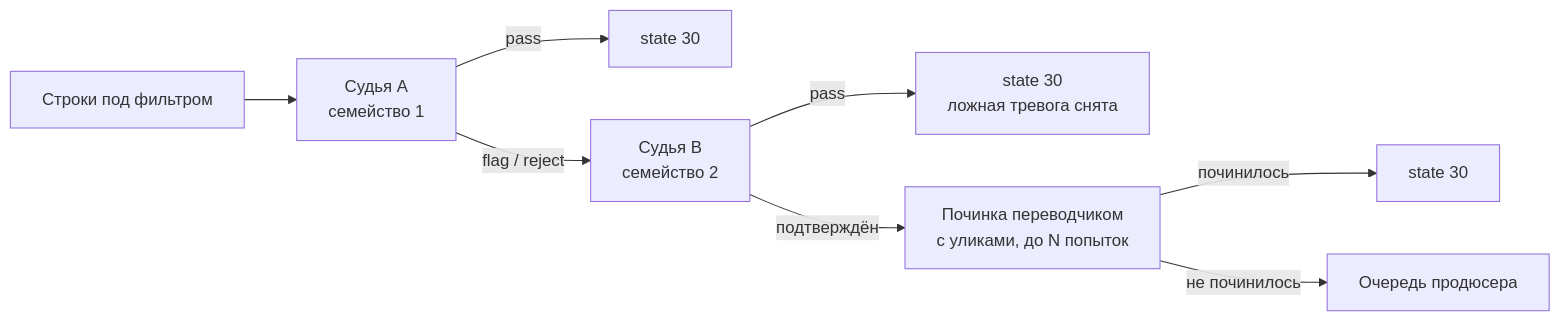
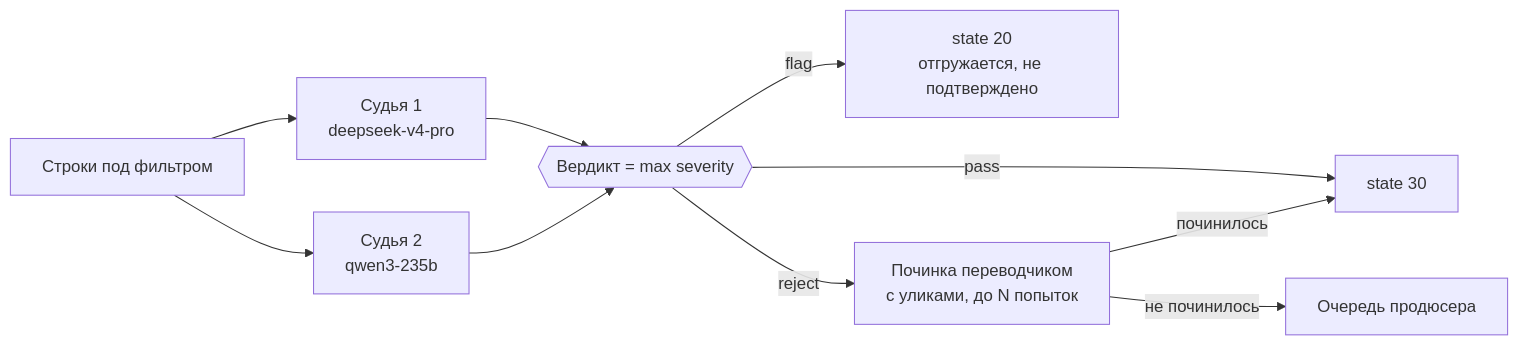
Before and after one commit to v9833078908/weblate-HC: the first of 2 diagrams in docs/LLM-first/2026-08-13-judge-native-ui-design.md, drawn with Mermaid. The commit also changed other lines of this file and 1 other file, not shown here.

````diff
--- a/docs/LLM-first/2026-08-13-judge-native-ui-design.md
+++ b/docs/LLM-first/2026-08-13-judge-native-ui-design.md
@@ -53,10 +62,12 @@
 ```mermaid
 flowchart LR
-  ALL[Строки под фильтром] --> J1[Судья A<br/>семейство 1]
-  J1 -->|pass| OK[state 30]
-  J1 -->|flag / reject| J2[Судья B<br/>семейство 2]
-  J2 -->|pass| OK2[state 30<br/>ложная тревога снята]
-  J2 -->|подтверждён| FIX[Починка переводчиком<br/>с уликами, до N попыток]
-  FIX -->|починилось| OK3[state 30]
+  ALL[Строки под фильтром] --> J1[Судья 1<br/>deepseek-v4-pro]
+  ALL --> J2[Судья 2<br/>qwen3-235b]
+  J1 --> M{{Вердикт = max severity}}
+  J2 --> M
+  M -->|pass| OK[state 30]
+  M -->|flag| SHIP[state 20<br/>отгружается, не подтверждено]
+  M -->|reject| FIX[Починка переводчиком<br/>с уликами, до N попыток]
+  FIX -->|починилось| OK
   FIX -->|не починилось| H[Очередь продюсера]
 ```
````
